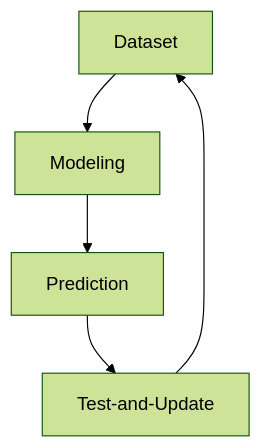
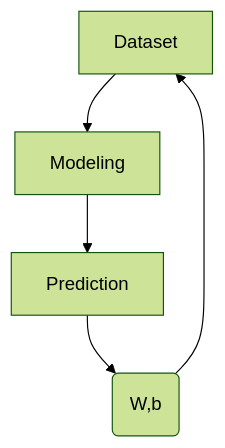
The diagram in ai/ml-notes/deep-learning-notes/dl-notes.md (afondiel/computer-science-notebook), drawn with Mermaid (forest theme) before and after one commit.

Commit message:
dl: update dl-notes

````diff
--- a/ai/ml-notes/deep-learning-notes/dl-notes.md
+++ b/ai/ml-notes/deep-learning-notes/dl-notes.md
@@ -91,7 +91,7 @@
 ```mermaid
 graph TD;
     Dataset-->Modeling;
     Modeling-->Prediction;
-    Prediction-->Test-and-Update;    
-    Test-and-Update-->Dataset;
+    Prediction-->Test-and-Update(W,b);    
+    Test-and-Update(W,b)-->Dataset;
 ```
````
